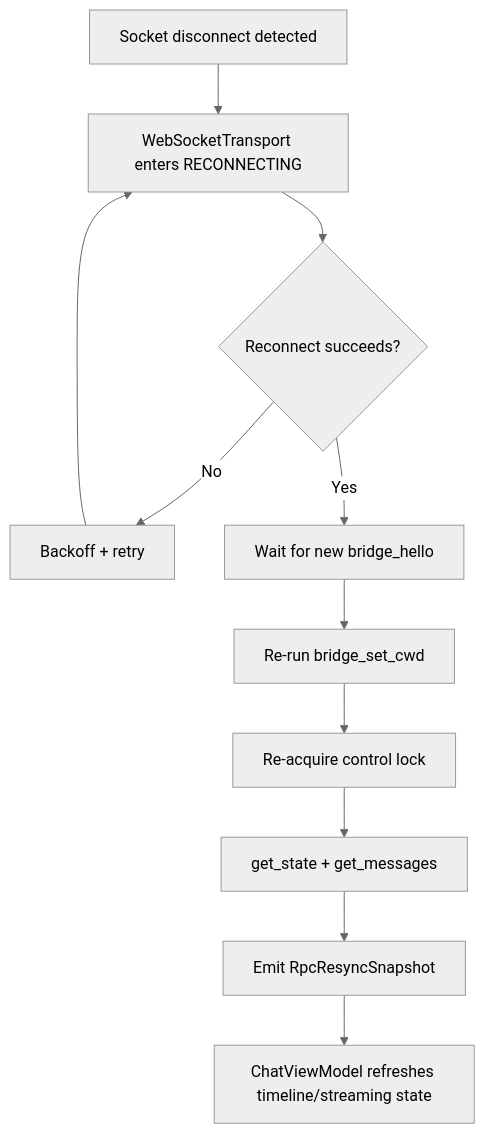
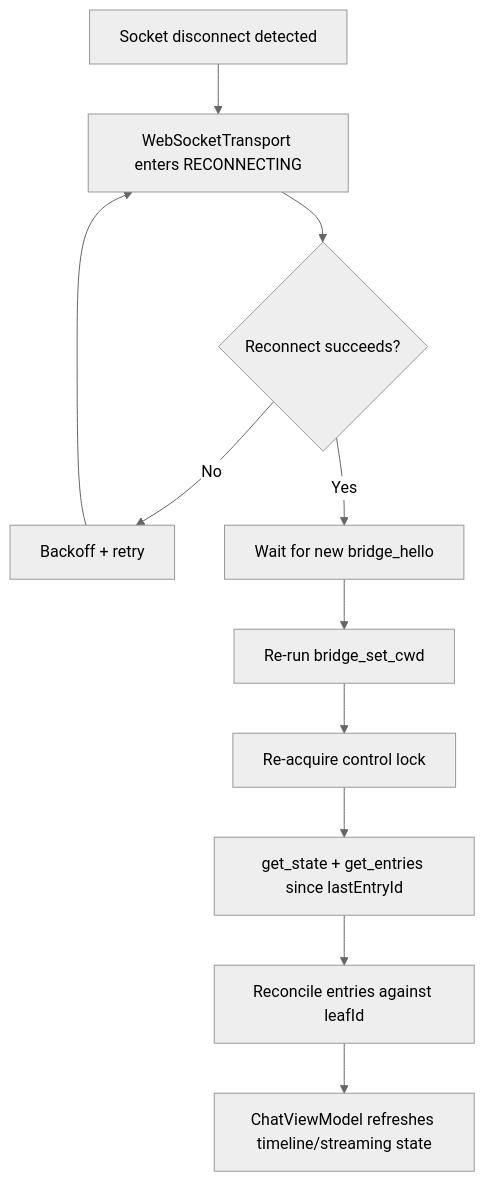
Before and after one commit to GuoZhenKuang/pipilot: the third of 5 diagrams in docs/architecture.md, drawn with Mermaid (neutral theme). The commit also changed other lines of this file and 7 other files, not shown here.

````diff
--- a/docs/architecture.md
+++ b/docs/architecture.md
@@ -75,15 +75,15 @@
 ```mermaid
 flowchart TD
     D[Socket disconnect detected] --> R[WebSocketTransport enters RECONNECTING]
     R --> C{Reconnect succeeds?}
 
     C -- No --> B[Backoff + retry]
     B --> R
 
     C -- Yes --> H[Wait for new bridge_hello]
     H --> S[Re-run bridge_set_cwd]
     S --> L[Re-acquire control lock]
-    L --> G[get_state + get_messages]
-    G --> U[Emit RpcResyncSnapshot]
+    L --> G[get_state + get_entries since lastEntryId]
+    G --> U[Reconcile entries against leafId]
     U --> V[ChatViewModel refreshes timeline/streaming state]
 ```
````
